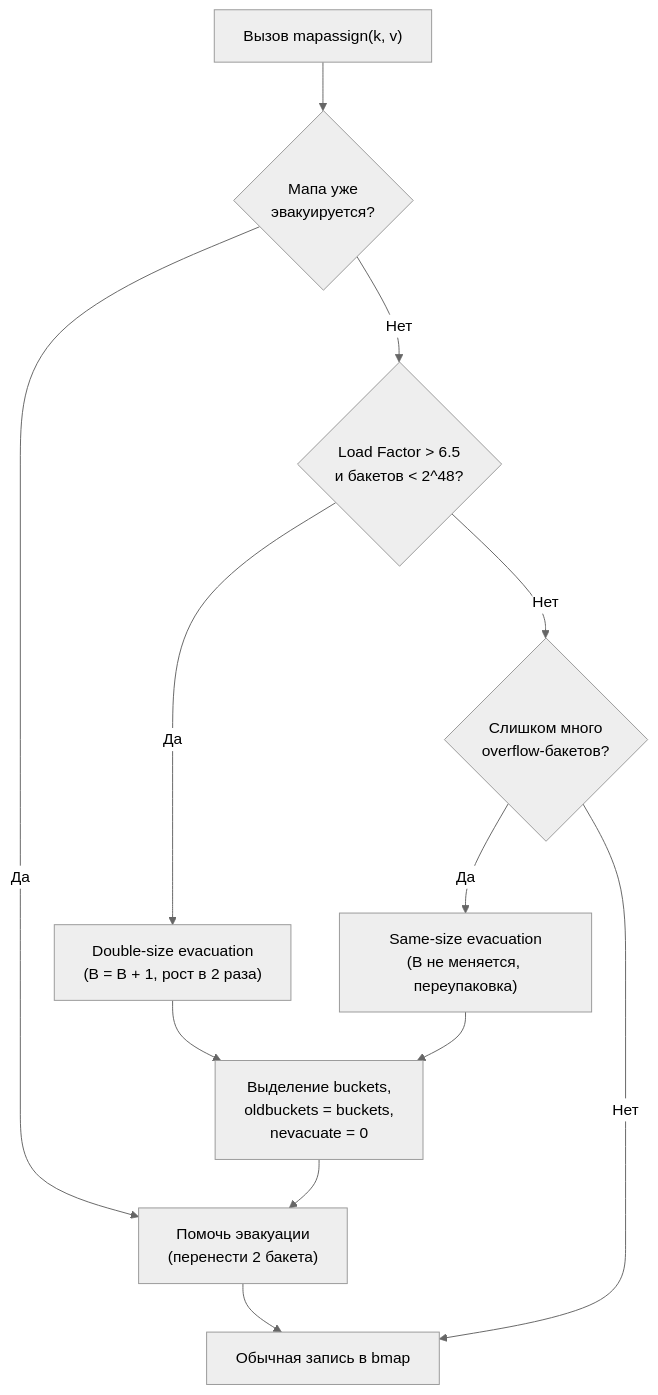
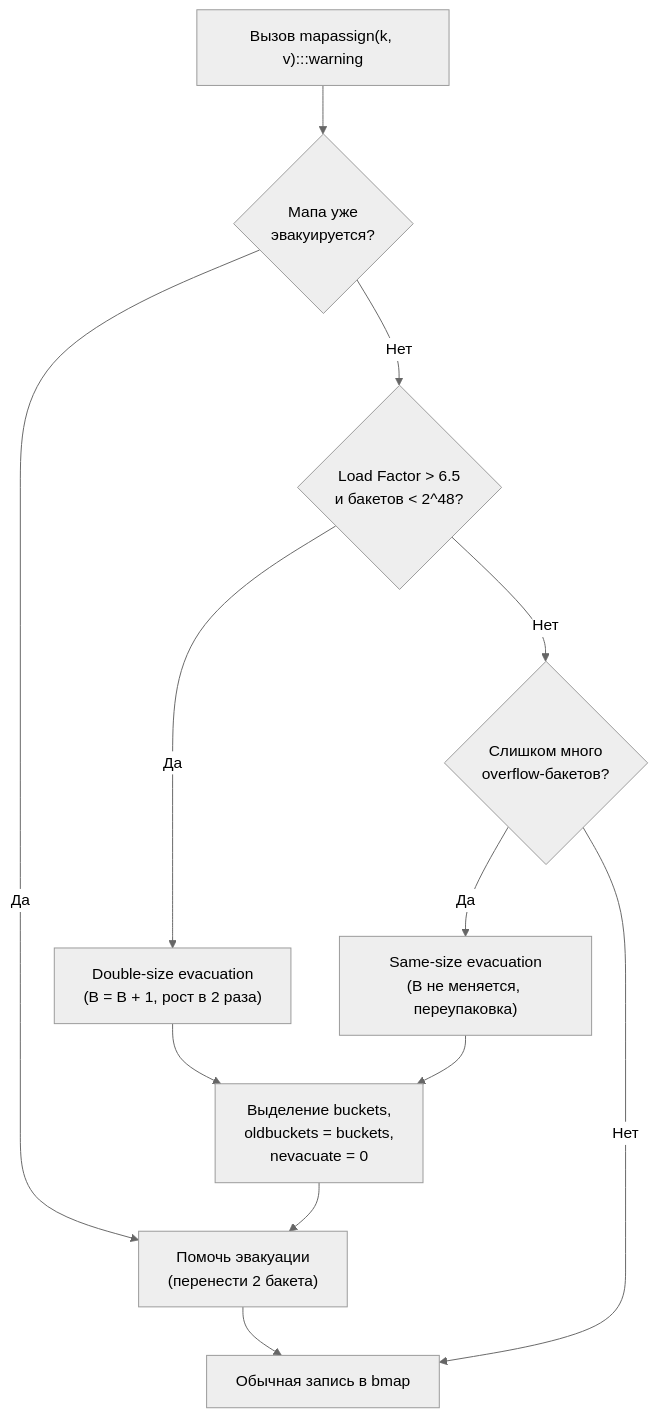
One commit to UnrealTemplier/go-textbook changed the first of 3 diagrams in sources/7. Глубокий Go (Внутреннее устройство)/32. Рост и эвакуация map.md. Above: the diagram before and after it, drawn with Mermaid (neutral theme). The commit also changed other lines of this file and 1666 other files, not shown here.

First line of the commit message:
feat(mermaid): add semantic color classDef to 1369 colorless flowchart/graph diagrams

````diff
--- a/sources/7. Глубокий Go (Внутреннее устройство)/32. Рост и эвакуация map.md
+++ b/sources/7. Глубокий Go (Внутреннее устройство)/32. Рост и эвакуация map.md
@@ -15,17 +15,27 @@
 ```mermaid
 flowchart TD
-    Assign["Вызов mapassign(k, v)"] --> CheckEvac{"Мапа уже<br>эвакуируется?"}
+    classDef process  fill:#1e293b,stroke:#38bdf8,stroke-width:1px,color:#f8fafc
+    classDef success  fill:#064e3b,stroke:#34d399,stroke-width:1px,color:#f8fafc
+    classDef error    fill:#7f1d1d,stroke:#f87171,stroke-width:1px,color:#f8fafc
+    classDef warning  fill:#78350f,stroke:#fbbf24,stroke-width:1px,color:#f8fafc
+    classDef entry    fill:#1e3a5f,stroke:#38bdf8,stroke-width:2px,color:#f8fafc
+    classDef aux      fill:#334155,stroke:#64748b,stroke-width:1px,color:#f8fafc
+    classDef system   fill:#312e81,stroke:#a78bfa,stroke-width:1px,color:#f8fafc
+    classDef data     fill:#132d29,stroke:#2dd4bf,stroke-width:1px,color:#f8fafc
+    classDef network  fill:#881337,stroke:#fb7185,stroke-width:1px,color:#f8fafc
+    classDef accent   fill:#1e1b4b,stroke:#818cf8,stroke-width:1px,color:#f8fafc
+    Assign["Вызов mapassign(k, v):::warning"] --> CheckEvac{"Мапа уже<br>эвакуируется?"}
     CheckEvac -- "Да" --> DoStep["Помочь эвакуации<br>(перенести 2 бакета)"]
     CheckEvac -- "Нет" --> CheckLF{"Load Factor > 6.5<br>и бакетов < 2^48?"}
     
     CheckLF -- "Да" --> TriggerDouble["Double-size evacuation<br>(B = B + 1, рост в 2 раза)"]
     CheckLF -- "Нет" --> CheckOF{"Слишком много<br>overflow-бакетов?"}
     
     CheckOF -- "Да" --> TriggerSame["Same-size evacuation<br>(B не меняется, переупаковка)"]
     CheckOF -- "Нет" --> NormalWrite["Обычная запись в bmap"]
     
     TriggerDouble --> StartEvac["Выделение buckets,<br>oldbuckets = buckets,<br>nevacuate = 0"]
     TriggerSame --> StartEvac
     DoStep --> NormalWrite
     StartEvac --> DoStep
 ```
````
